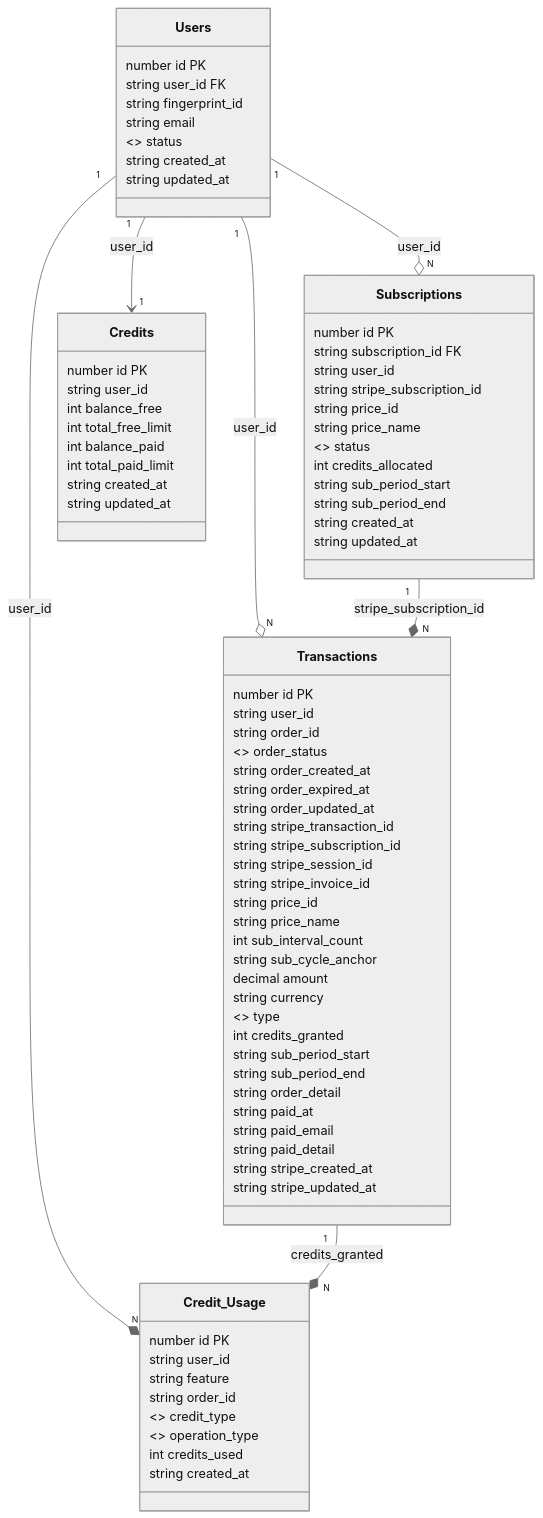
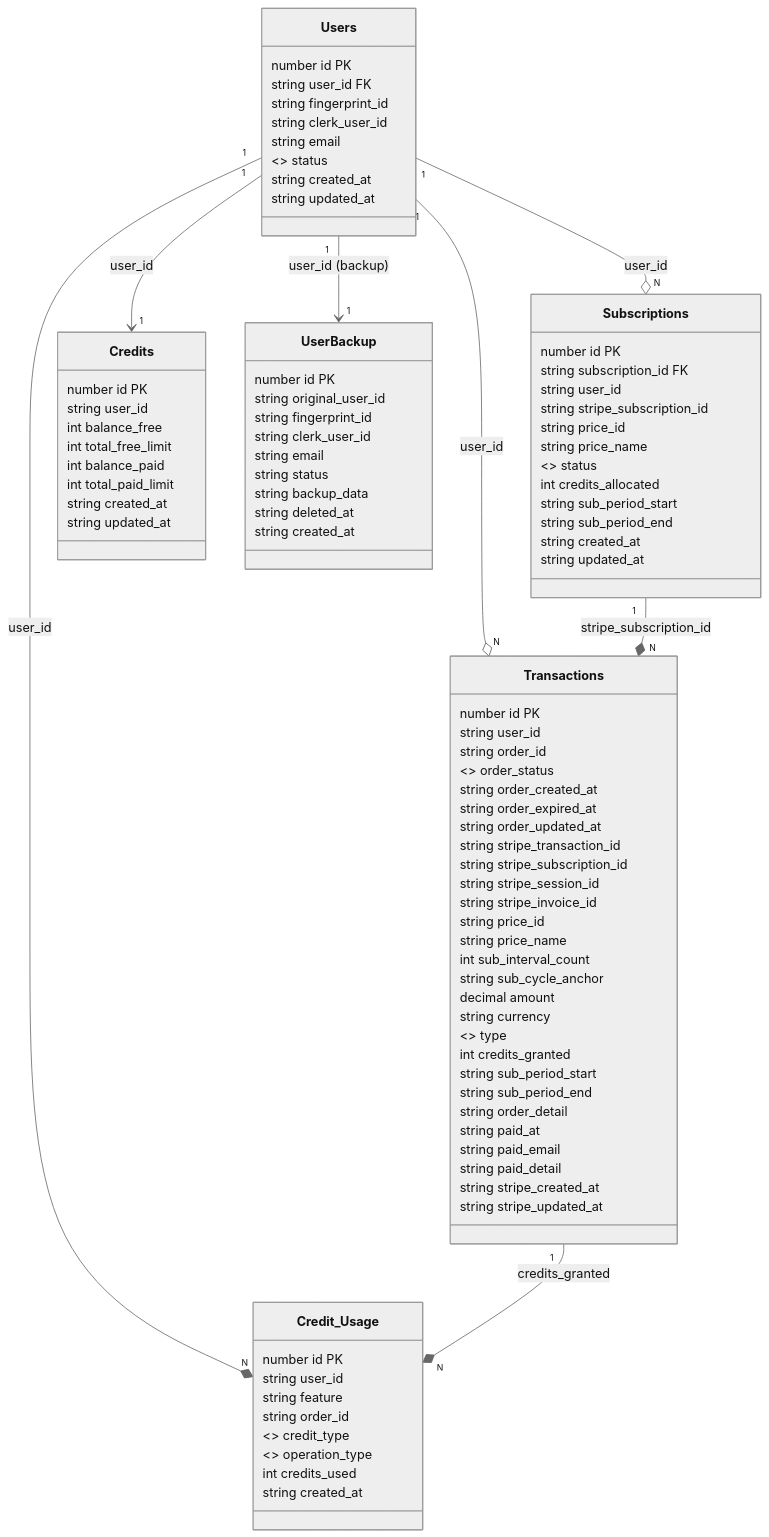
One commit to caofanCPU/diaomao changed the first of 23 diagrams in docs/PaidDesign-v1.0.md. Above: the diagram before and after it, drawn with Mermaid (neutral theme). The commit also changed other lines of this file and 1 other file, not shown here.

````diff
--- a/docs/PaidDesign-v1.0.md
+++ b/docs/PaidDesign-v1.0.md
@@ -379,6 +396,7 @@
         number id PK
         string user_id FK
         string fingerprint_id
+        string clerk_user_id
         string email
         <<enumeration>> status
         string created_at
@@ -452,10 +470,23 @@
         string created_at
     }
 
+    class UserBackup {
+        number id PK
+        string original_user_id
+        string fingerprint_id
+        string clerk_user_id
+        string email
+        string status
+        string backup_data
+        string deleted_at
+        string created_at
+    }
+
     Users "1" --o "N" Subscriptions : user_id
     Users "1" --> "1" Credits : user_id
     Users "1" --o "N" Transactions : user_id
     Users "1" --* "N" Credit_Usage : user_id
+    Users "1" --> "1" UserBackup : user_id (backup)
     Subscriptions "1" --* "N" Transactions : stripe_subscription_id
     Transactions "1" --* "N" Credit_Usage : credits_granted
 ```
````
